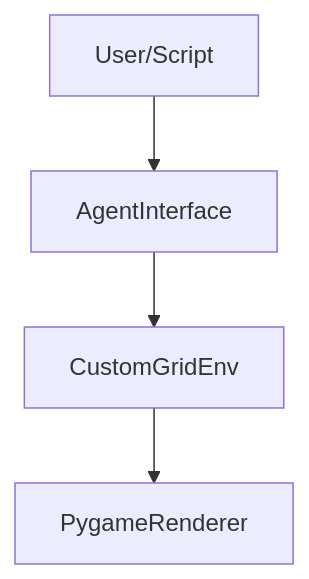
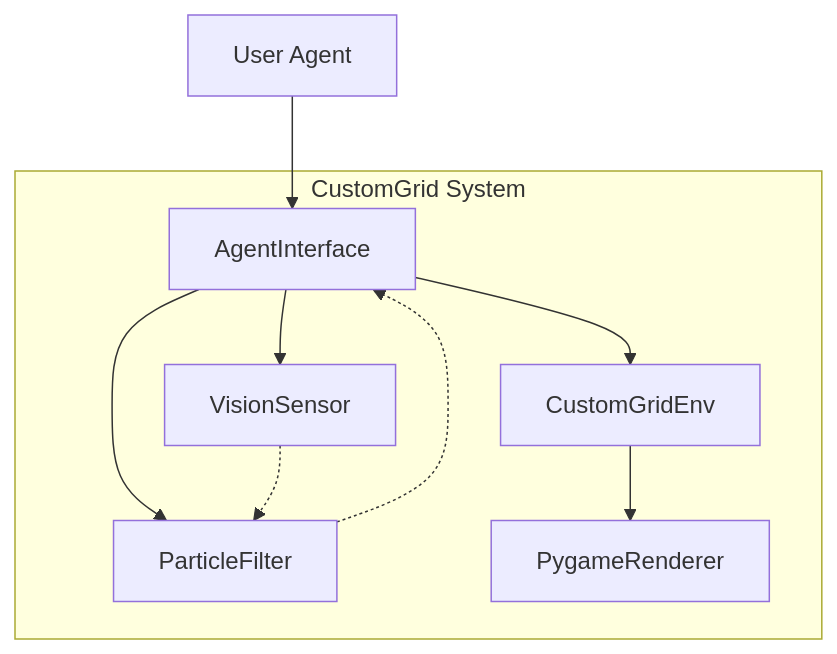
One commit to dgaida/adversarial2dEnvAI changed the first of 3 diagrams in docs/en/architecture/index.md. Above: the diagram before and after it, drawn with Mermaid. The commit also changed other lines of this file and 30 other files, not shown here.

````diff
--- a/docs/en/architecture/index.md
+++ b/docs/en/architecture/index.md
@@ -5,6 +9,18 @@
 ```mermaid
 graph TD
-    User[User/Script] --> Interface[AgentInterface]
-    Interface --> Env[CustomGridEnv]
-    Env --> Renderer[PygameRenderer]
+    subgraph "CustomGrid System"
+        Interface[AgentInterface]
+        Env[CustomGridEnv]
+        PF[ParticleFilter]
+        Vision[VisionSensor]
+        Renderer[PygameRenderer]
+    end
+
+    UserAgent[User Agent] --> Interface
+    Interface --> Env
+    Interface --> PF
+    Interface --> Vision
+    Env --> Renderer
+    Vision -.-> PF
+    PF -.-> Interface
 ```
````
